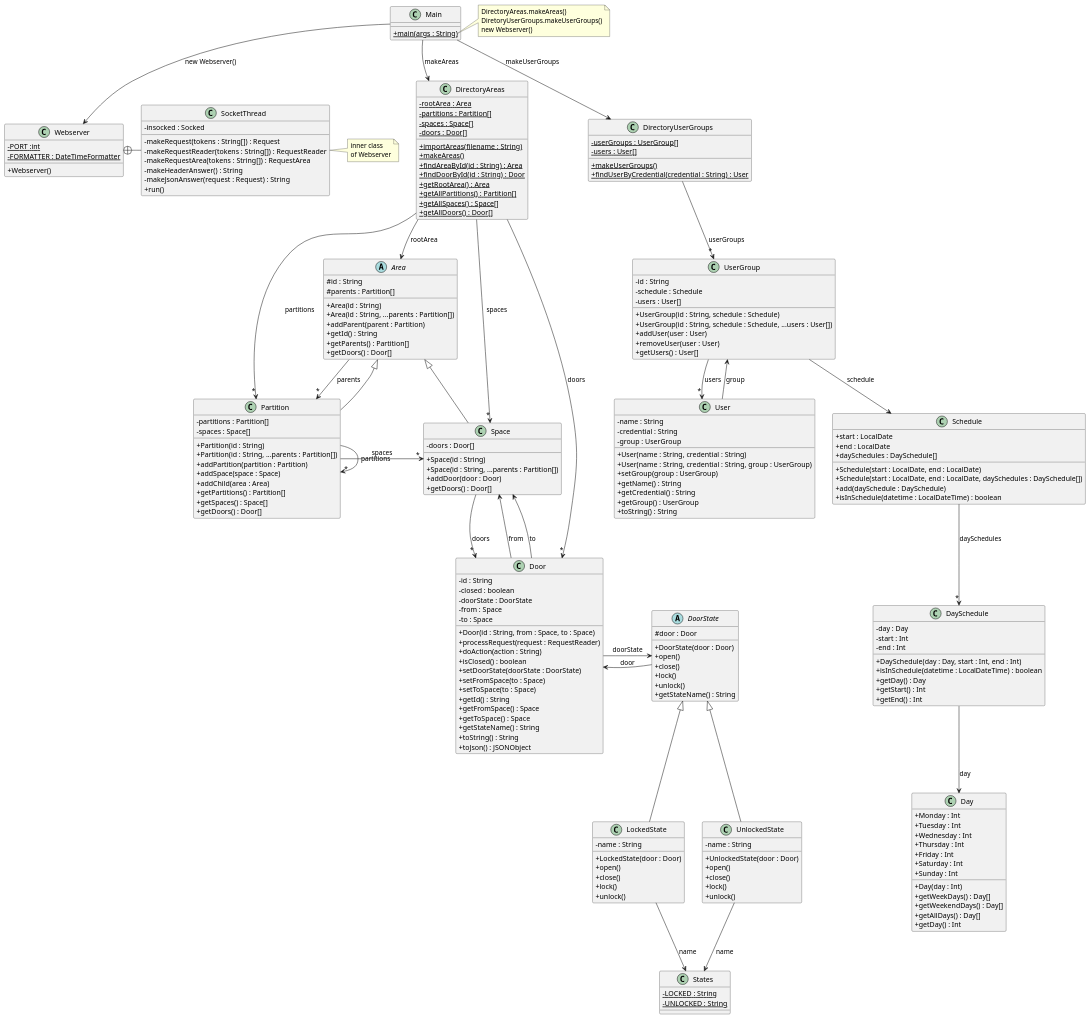
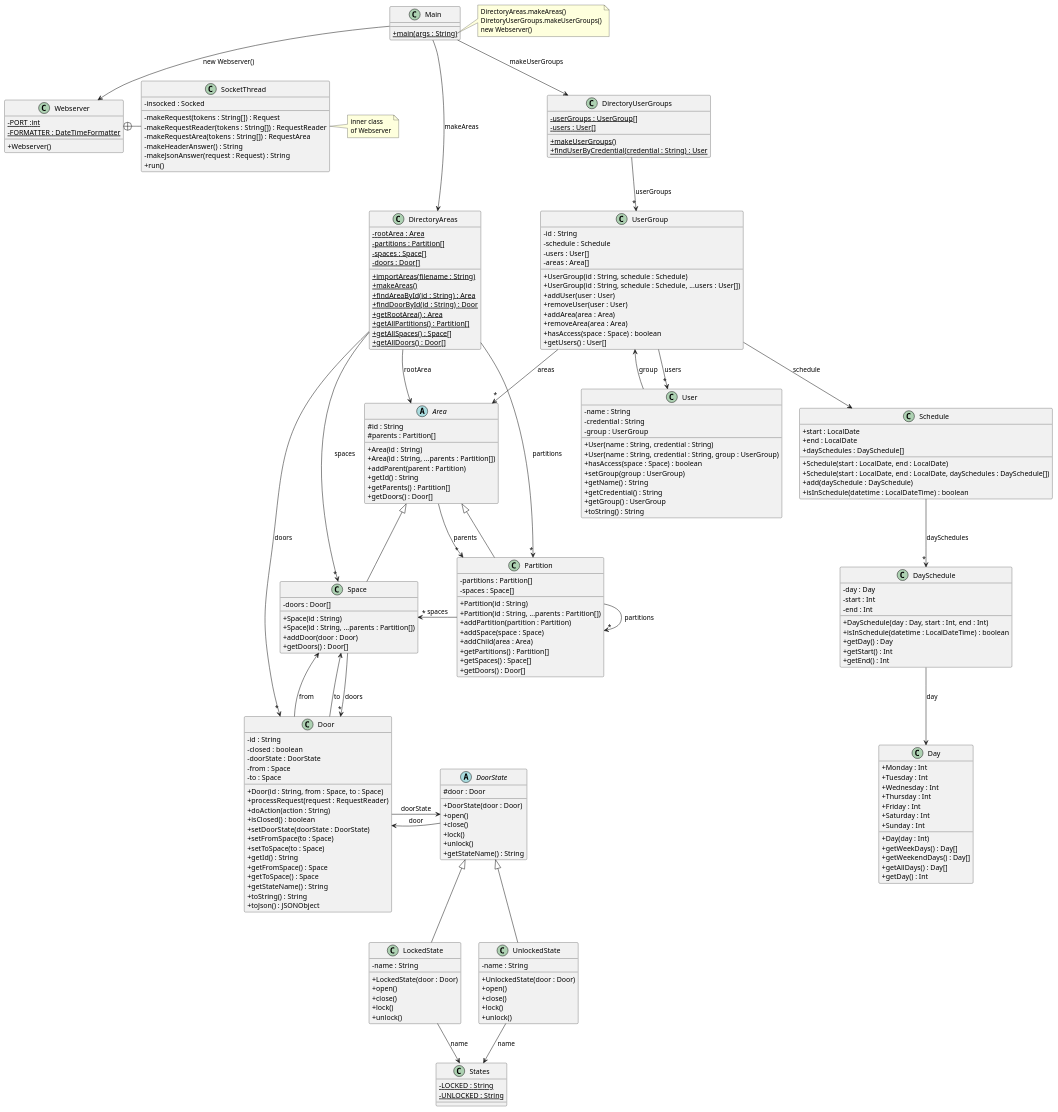
The diagram in src/baseNoStates/uml/base_no_states.puml (joan667/Acces_Control), drawn with PlantUML before and after one commit. The commit also changed 3 other files, not shown here.

Commit message:
Add access spaces to user groups

```diff
--- a/src/baseNoStates/uml/base_no_states.puml
+++ b/src/baseNoStates/uml/base_no_states.puml
@@ -29,45 +29,6 @@
 of Webserver
 end note
 
-'class DirectoryDoors {
-'- {static} allDoors : Door[]
-'+ {static} makeDoors()
-'+ {static} findDoorById(id : String) : Door
-'+ {static} getAllDoors() : Door[]
-'}
-
-'DirectoryDoors --> "*" Door : "allDoors"
-
-'class DirectoryUsers {
-'- {static} users : User[]
-'+ {static} makeUsers()
-'+ {static} findUserByCredential(credential : String) : User
-'}
-'
-'DirectoryUsers --> "*" User : "users"
-
-'class Door {
-'- id : String
-'- closed : boolean
-'+ Door(id : String)
-'+ processRequest(request : RequestReader)
-'+ setState(doorState : DoorState)
-'+ toJson() : JSONObject
-'+ toString() : String
-'+ isClosed() :boolean
-'+ setClosed(b : boolean)
-'+ getStateName() : String
-'- doAction(action : String)
-'}
-
-
-'class User {
-'- name : String
-'- credential : String
-'+ User(name: String, credential: String)
-'+ toString() : String
-'}
-
 note right of Main::main
 DirectoryAreas.makeAreas()
 DiretoryUserGroups.makeUserGroups()
@@ -77,8 +38,7 @@
 Main --> Webserver : "new Webserver()"
 
 Main -[hidden]down- Webserver
-'Webserver -[hidden]down- DirectoryDoors
-'DirectoryDoors -[hidden]right- DirectoryUsers
+
 
 
 
@@ -223,14 +183,19 @@
 - id : String
 - schedule : Schedule
 - users : User[]
+- areas : Area[]
 + UserGroup(id : String, schedule : Schedule)
 + UserGroup(id : String, schedule : Schedule, ...users : User[])
 + addUser(user : User)
 + removeUser(user : User)
++ addArea(area : Area)
++ removeArea(area : Area)
++ hasAccess(space : Space) : boolean
 + getUsers() : User[]
 }
 
 UserGroup --> "*" User : "users"
+UserGroup --> "*" Area : "areas"
 
 class User {
 - name : String
@@ -238,6 +203,7 @@
 - group : UserGroup
 + User(name : String, credential : String)
 + User(name : String, credential : String, group : UserGroup)
++ hasAccess(space : Space) : boolean
 + setGroup(group : UserGroup)
 + getName() : String
 + getCredential() : String
```
